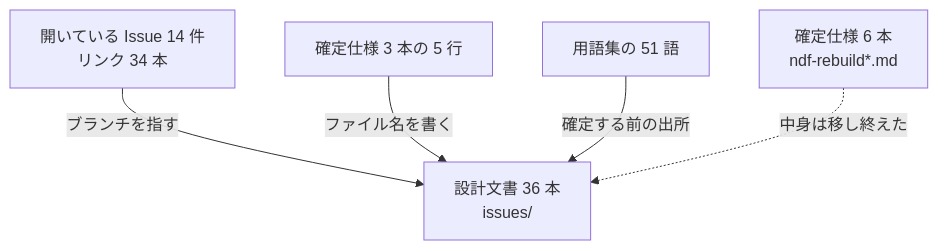
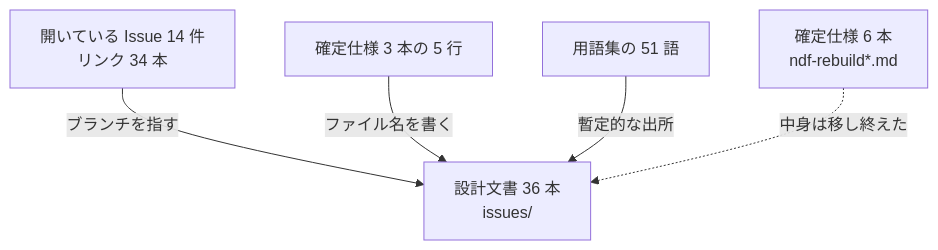
One commit to devbasex/ai-plugins changed the first of 2 diagrams in issues/issue-3990-design.md. Above: the diagram before and after it, drawn with Mermaid. The commit also changed other lines of this file and 1 other file, not shown here.

````diff
--- a/issues/issue-3990-design.md
+++ b/issues/issue-3990-design.md
@@ -9,8 +9,8 @@
 ```mermaid
 graph TD
     D[設計文書 36 本<br/>issues/]
     I[開いている Issue 14 件<br/>リンク 34 本] -->|ブランチを指す| D
     S[確定仕様 3 本の 5 行] -->|ファイル名を書く| D
-    G[用語集の 51 語] -->|確定する前の出所| D
+    G[用語集の 51 語] -->|暫定的な出所| D
     R[確定仕様 6 本<br/>ndf-rebuild*.md] -.->|中身は移し終えた| D
 ```
````
